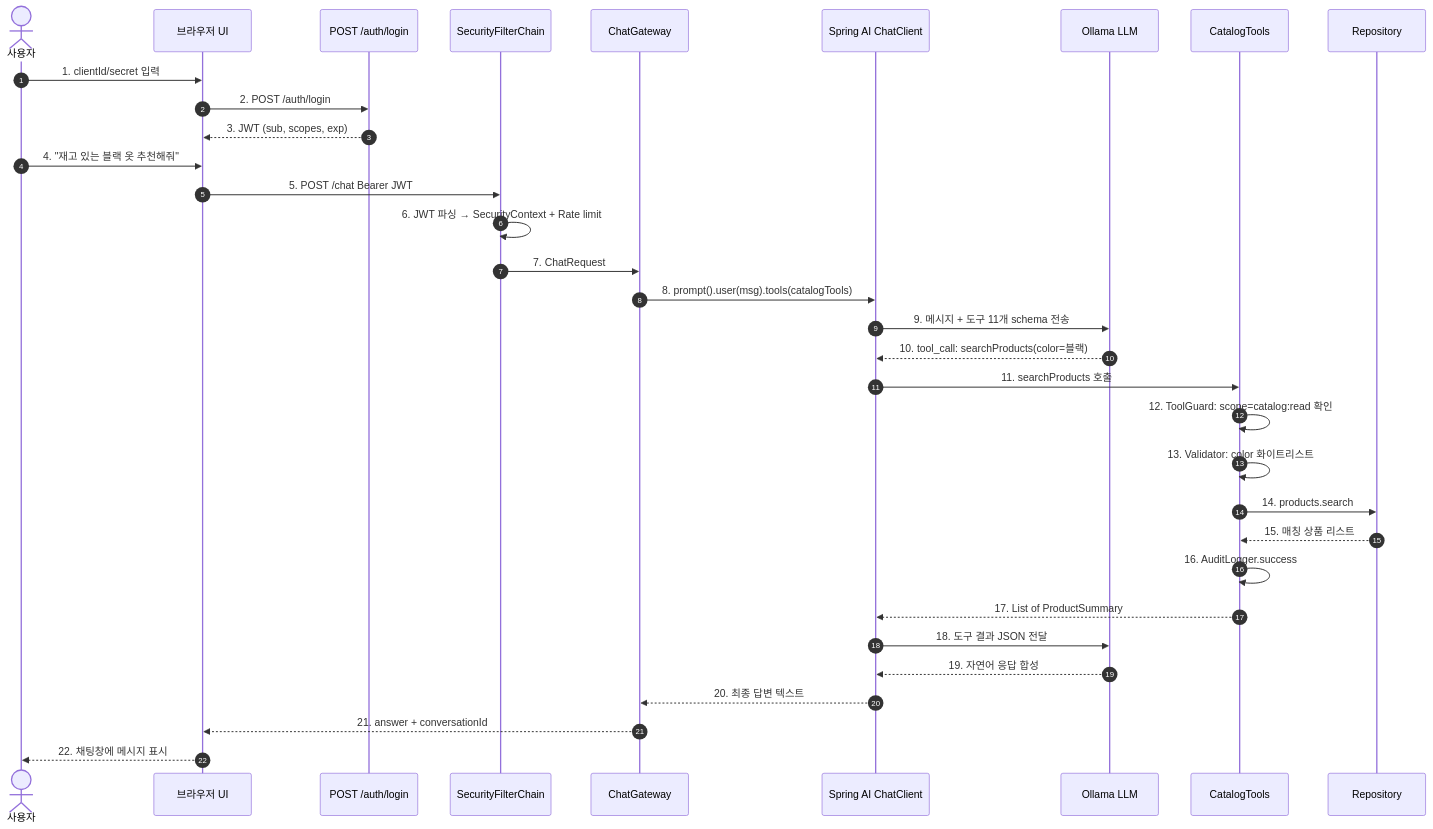
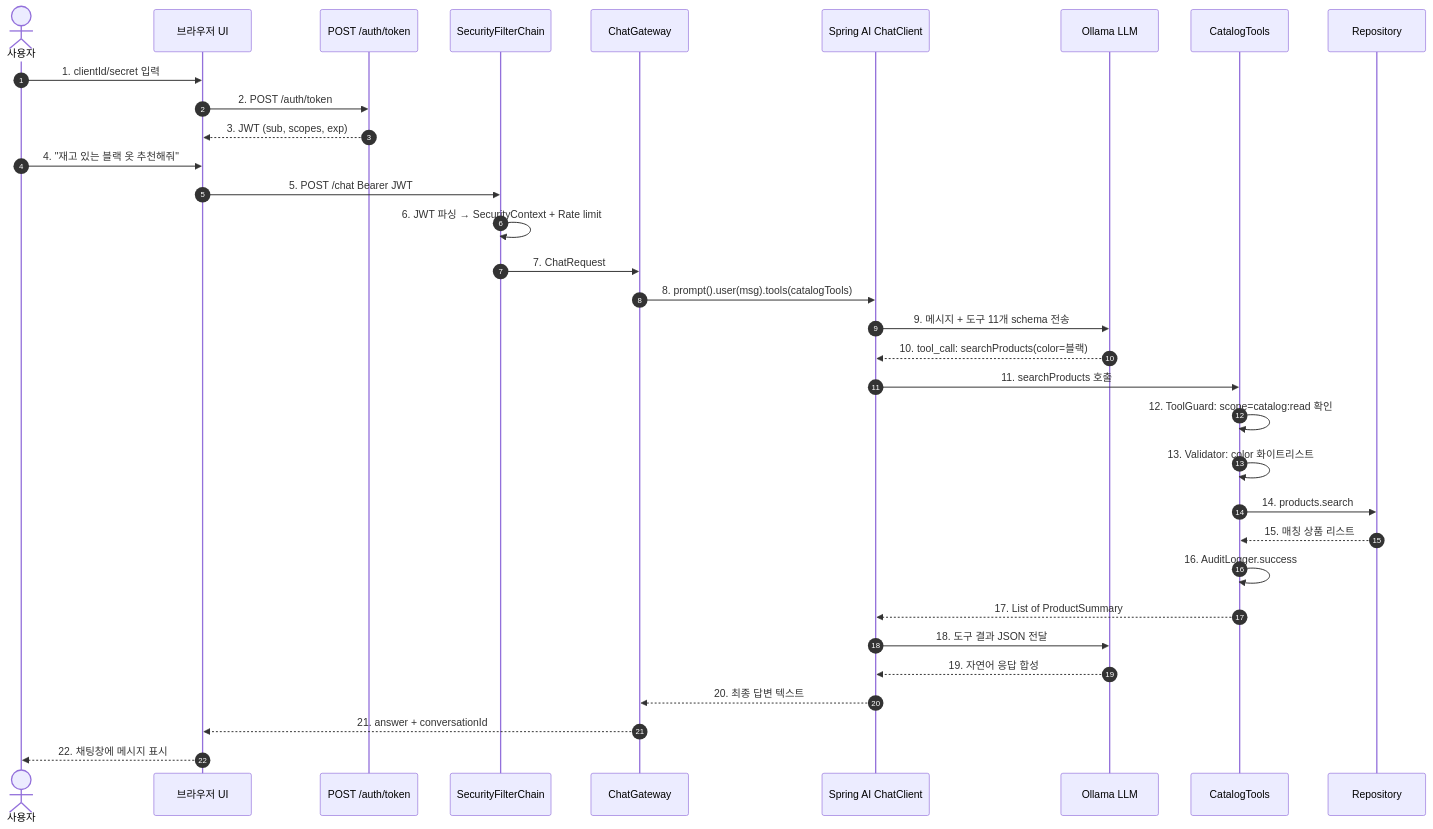
One commit to biuea3866/poc-project changed the second of 3 diagrams in spring-ai-practice/docs/architecture.md. Above: the diagram before and after it, drawn with Mermaid. The commit also changed other lines of this file and 17 other files, not shown here.

First line of the commit message:
refactor(spring-ai-practice): /auth/token 명칭 정리 + UI/MCP 시나리오 분리 + 모델 상향

````diff
--- a/spring-ai-practice/docs/architecture.md
+++ b/spring-ai-practice/docs/architecture.md
@@ -165,41 +165,41 @@
 ```mermaid
 sequenceDiagram
     autonumber
     actor User as 사용자
     participant UI as 브라우저 UI
-    participant Auth as POST /auth/login
+    participant Auth as POST /auth/token
     participant Sec as SecurityFilterChain
     participant Chat as ChatGateway
     participant Client as Spring AI ChatClient
     participant Ollama as Ollama LLM
     participant Tools as CatalogTools
     participant Repo as Repository
 
     User->>UI: 1. clientId/secret 입력
-    UI->>Auth: 2. POST /auth/login
+    UI->>Auth: 2. POST /auth/token
     Auth-->>UI: 3. JWT (sub, scopes, exp)
 
     User->>UI: 4. "재고 있는 블랙 옷 추천해줘"
     UI->>Sec: 5. POST /chat Bearer JWT
     Sec->>Sec: 6. JWT 파싱 → SecurityContext + Rate limit
     Sec->>Chat: 7. ChatRequest
     Chat->>Client: 8. prompt().user(msg).tools(catalogTools)
 
     Client->>Ollama: 9. 메시지 + 도구 11개 schema 전송
     Ollama-->>Client: 10. tool_call: searchProducts(color=블랙)
 
     Client->>Tools: 11. searchProducts 호출
     Tools->>Tools: 12. ToolGuard: scope=catalog:read 확인
     Tools->>Tools: 13. Validator: color 화이트리스트
     Tools->>Repo: 14. products.search
     Repo-->>Tools: 15. 매칭 상품 리스트
     Tools->>Tools: 16. AuditLogger.success
     Tools-->>Client: 17. List of ProductSummary
 
     Client->>Ollama: 18. 도구 결과 JSON 전달
     Ollama-->>Client: 19. 자연어 응답 합성
 
     Client-->>Chat: 20. 최종 답변 텍스트
     Chat-->>UI: 21. answer + conversationId
     UI-->>User: 22. 채팅창에 메시지 표시
 ```
````
